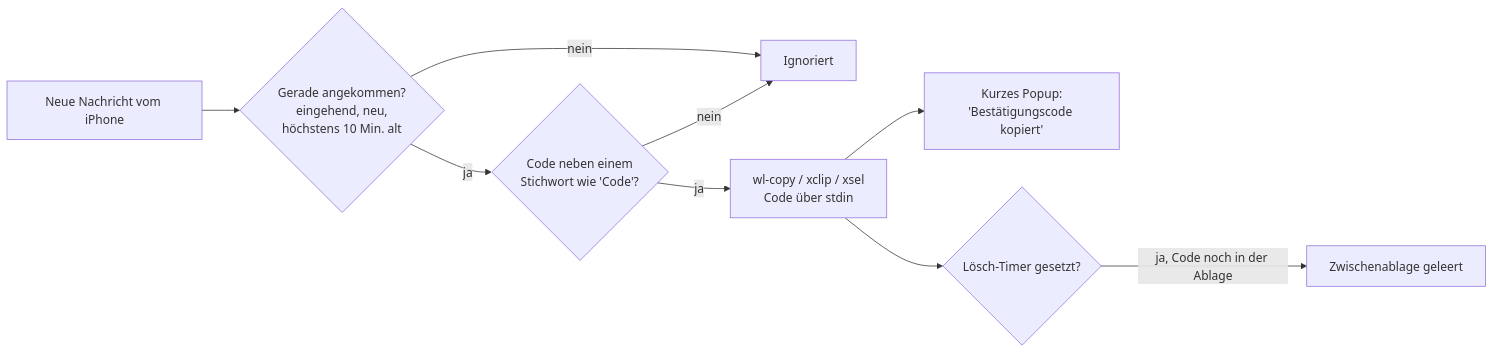
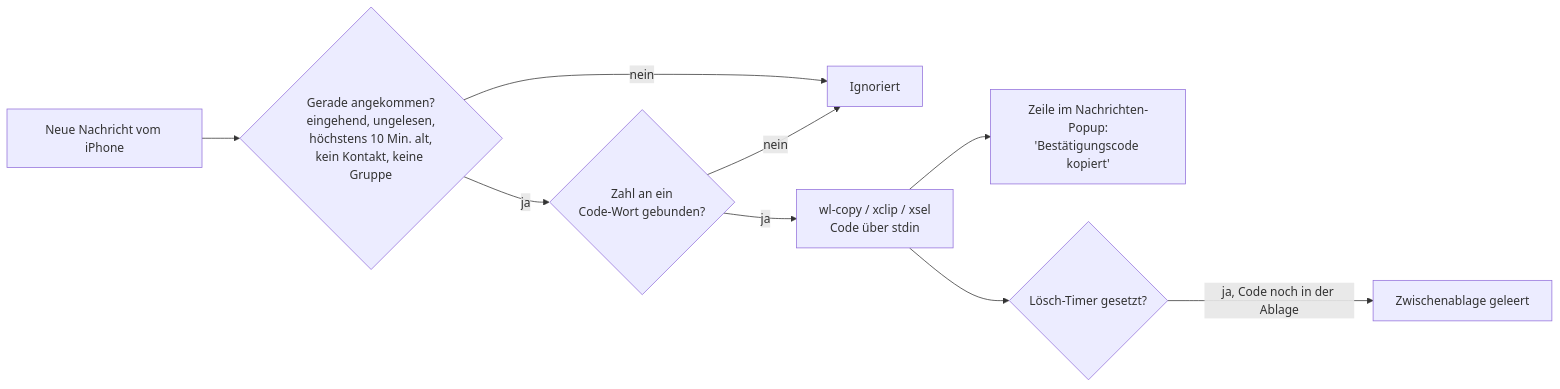
Before and after one commit to erikwb/blueferry: the diagram in docs/de/user/otp-autocopy.md, drawn with Mermaid. The commit also changed other lines of this file and 6 other files, not shown here.

First line of the commit message:
Document the stricter code rules, sender filters and popup line

````diff
--- a/docs/de/user/otp-autocopy.md
+++ b/docs/de/user/otp-autocopy.md
@@ -14,11 +14,11 @@
 ```mermaid
 flowchart LR
-    A[Neue Nachricht vom iPhone] --> B{Gerade angekommen?<br/>eingehend, neu,<br/>höchstens 10 Min. alt}
+    A[Neue Nachricht vom iPhone] --> B{Gerade angekommen?<br/>eingehend, ungelesen,<br/>höchstens 10 Min. alt,<br/>kein Kontakt, keine Gruppe}
     B -- nein --> X[Ignoriert]
-    B -- ja --> C{Code neben einem<br/>Stichwort wie 'Code'?}
+    B -- ja --> C{Zahl an ein<br/>Code-Wort gebunden?}
     C -- nein --> X
     C -- ja --> D[wl-copy / xclip / xsel<br/>Code über stdin]
-    D --> E[Kurzes Popup:<br/>'Bestätigungscode kopiert']
+    D --> E[Zeile im Nachrichten-Popup:<br/>'Bestätigungscode kopiert']
     D --> F{Lösch-Timer gesetzt?}
     F -- ja, Code noch in der Ablage --> G[Zwischenablage geleert]
 ```
````
